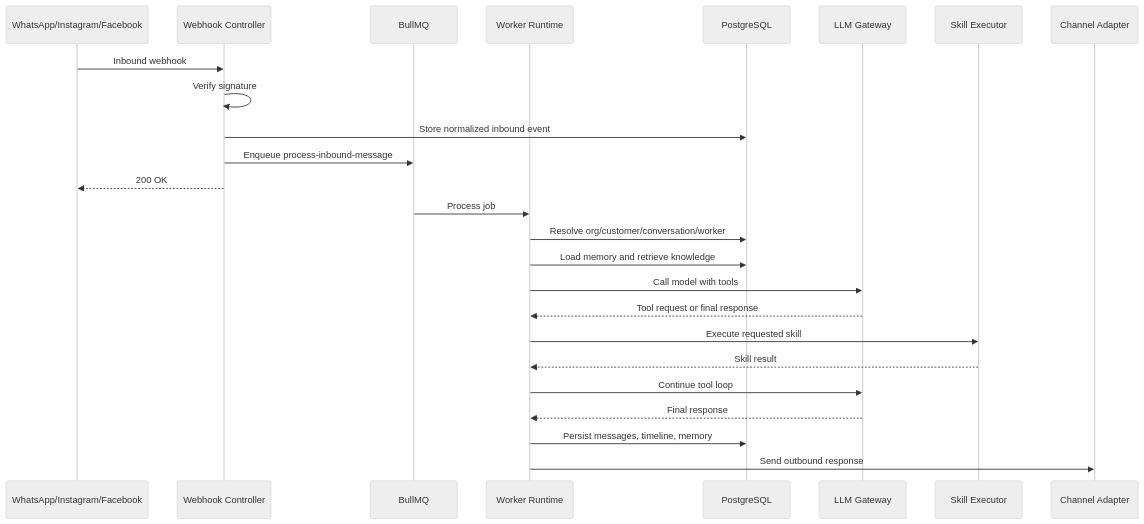
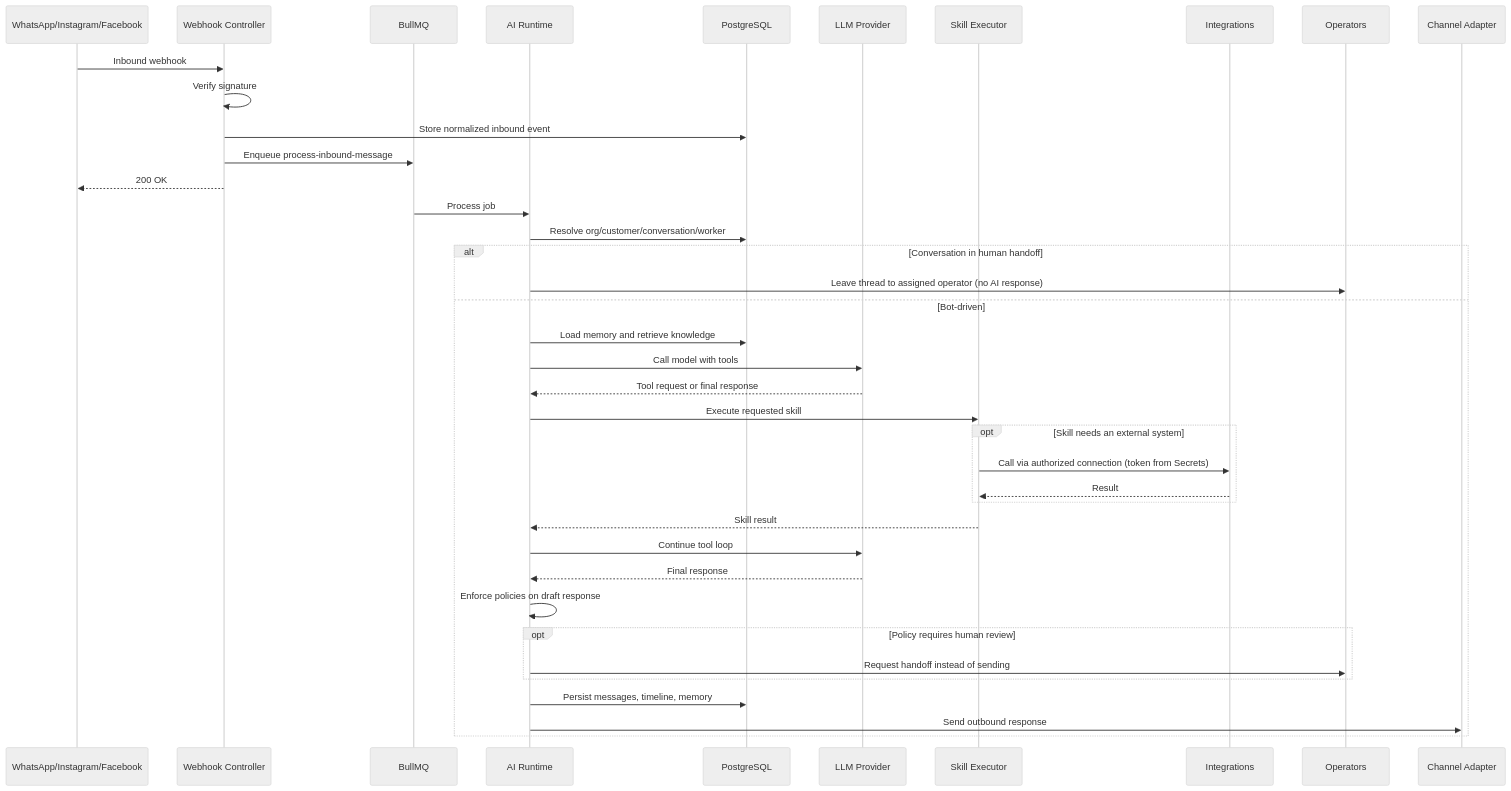
One commit to ameenshahh/ai-workforce-os changed the third of 4 diagrams in docs/00-foundation/MASTER_ARCHITECTURE.md. Above: the diagram before and after it, drawn with Mermaid (neutral theme). The commit also changed other lines of this file and 7 other files, not shown here.

First line of the commit message:
docs(arch): align MASTER_ARCHITECTURE with domain map; write ADRs 0001-0006

````diff
--- a/docs/00-foundation/MASTER_ARCHITECTURE.md
+++ b/docs/00-foundation/MASTER_ARCHITECTURE.md
@@ -318,28 +394,42 @@
 ```mermaid
 sequenceDiagram
     participant Channel as WhatsApp/Instagram/Facebook
     participant Webhook as Webhook Controller
     participant Queue as BullMQ
-    participant Runtime as Worker Runtime
+    participant Runtime as AI Runtime
     participant DB as PostgreSQL
-    participant LLM as LLM Gateway
+    participant LLM as LLM Provider
     participant Skills as Skill Executor
+    participant Integrations as Integrations
+    participant Operators as Operators
     participant Adapter as Channel Adapter
 
     Channel->>Webhook: Inbound webhook
     Webhook->>Webhook: Verify signature
     Webhook->>DB: Store normalized inbound event
     Webhook->>Queue: Enqueue process-inbound-message
     Webhook-->>Channel: 200 OK
     Queue->>Runtime: Process job
     Runtime->>DB: Resolve org/customer/conversation/worker
-    Runtime->>DB: Load memory and retrieve knowledge
-    Runtime->>LLM: Call model with tools
-    LLM-->>Runtime: Tool request or final response
-    Runtime->>Skills: Execute requested skill
-    Skills-->>Runtime: Skill result
-    Runtime->>LLM: Continue tool loop
-    LLM-->>Runtime: Final response
-    Runtime->>DB: Persist messages, timeline, memory
-    Runtime->>Adapter: Send outbound response
+    alt Conversation in human handoff
+        Runtime->>Operators: Leave thread to assigned operator (no AI response)
+    else Bot-driven
+        Runtime->>DB: Load memory and retrieve knowledge
+        Runtime->>LLM: Call model with tools
+        LLM-->>Runtime: Tool request or final response
+        Runtime->>Skills: Execute requested skill
+        opt Skill needs an external system
+            Skills->>Integrations: Call via authorized connection (token from Secrets)
+            Integrations-->>Skills: Result
+        end
+        Skills-->>Runtime: Skill result
+        Runtime->>LLM: Continue tool loop
+        LLM-->>Runtime: Final response
+        Runtime->>Runtime: Enforce policies on draft response
+        opt Policy requires human review
+            Runtime->>Operators: Request handoff instead of sending
+        end
+        Runtime->>DB: Persist messages, timeline, memory
+        Runtime->>Adapter: Send outbound response
+    end
 ```
````
